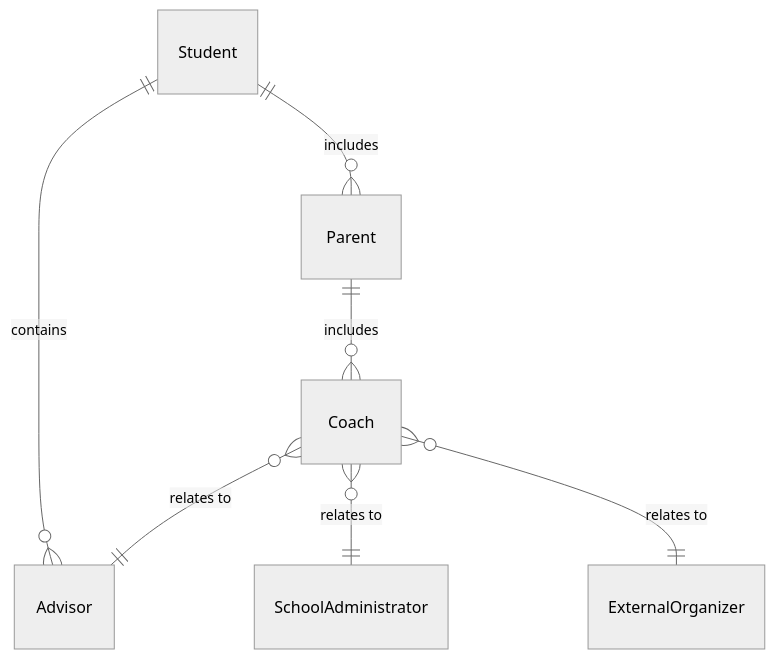
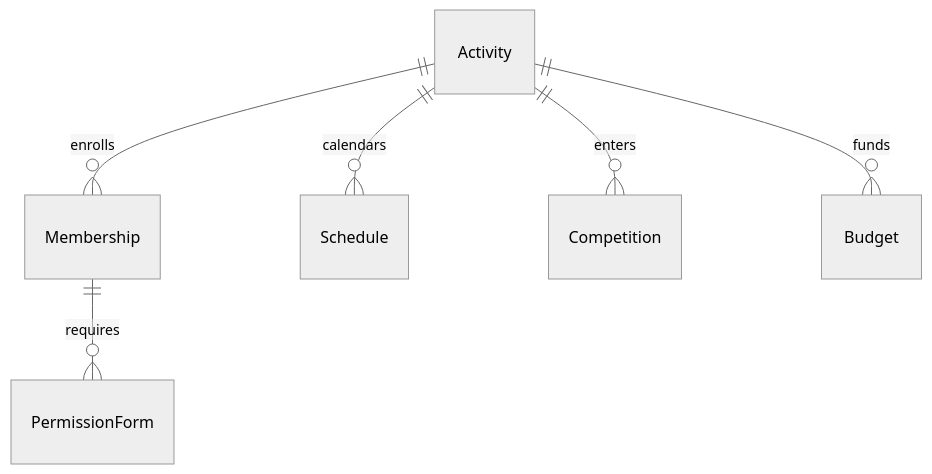
Before and after one commit to dot-org-ai/tasks.org.ai: the first of 4 diagrams in GuidingDirectingAndMotivatingSubordinates/CoordinateGroupCommunityOrPublicActivities/CoordinateStudentExtracurricularActivities.mdx, drawn with Mermaid (neutral theme). The commit also changed other lines of this file and 515 other files, not shown here.

````diff
--- a/GuidingDirectingAndMotivatingSubordinates/CoordinateGroupCommunityOrPublicActivities/CoordinateStudentExtracurricularActivities.mdx
+++ b/GuidingDirectingAndMotivatingSubordinates/CoordinateGroupCommunityOrPublicActivities/CoordinateStudentExtracurricularActivities.mdx
@@ -92,9 +92,8 @@
 ```mermaid
 erDiagram
-    Student ||--o{ Parent : includes
-    Student ||--o{ Advisor : contains
-    Parent ||--o{ Coach : includes
-    Coach }o--|| Advisor : "relates to"
-    Coach }o--|| SchoolAdministrator : "relates to"
-    Coach }o--|| ExternalOrganizer : "relates to"
+    Activity ||--o{ Membership : enrolls
+    Activity ||--o{ Schedule : calendars
+    Activity ||--o{ Competition : enters
+    Membership ||--o{ PermissionForm : requires
+    Activity ||--o{ Budget : funds
 ```
````
